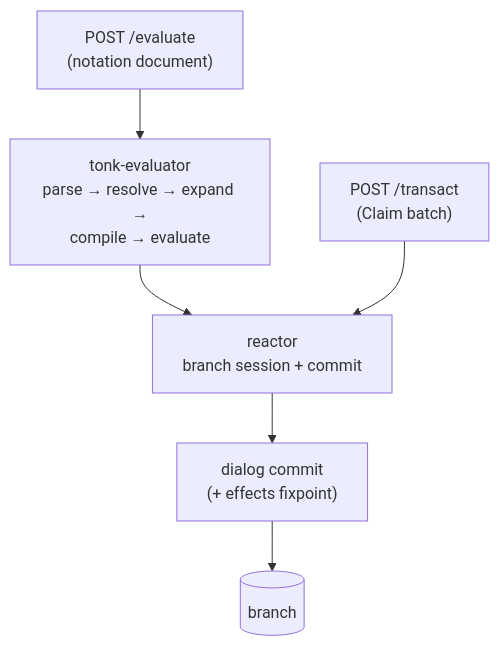
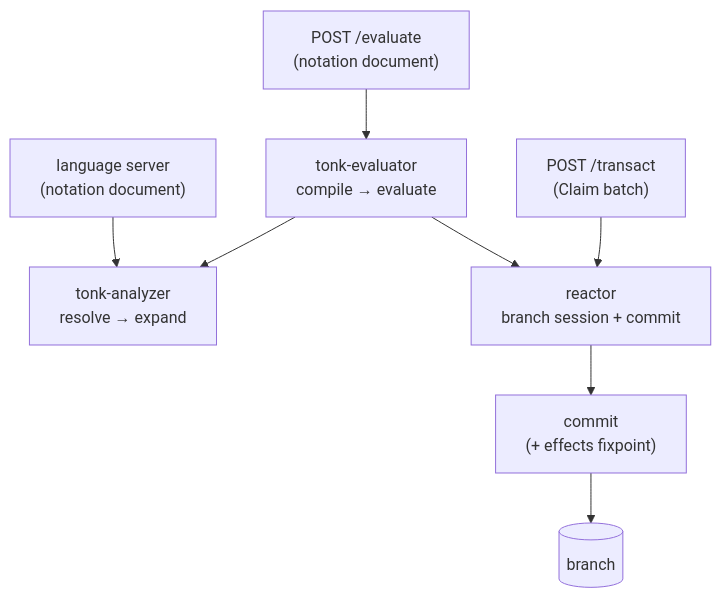
Before and after one commit to tonk-labs/tonk: the third of 3 diagrams in plan/runtime.md, drawn with Mermaid. The commit also changed other lines of this file, not shown here.

First line of the commit message:
docs(plan): staged changes wording; show LSP in hosting diagram

````diff
--- a/plan/runtime.md
+++ b/plan/runtime.md
@@ -304,11 +304,14 @@
 ```mermaid
 flowchart TD
+    txn["POST /transact<br/>(Claim batch)"]
     eval["POST /evaluate<br/>(notation document)"]
-    txn["POST /transact<br/>(Claim batch)"]
+    lsp["language server<br/>(notation document)"]
 
-    eval --> evaluator["tonk-evaluator<br/>parse → resolve → expand →<br/>compile → evaluate"]
-    evaluator --> reactor
-    txn --> reactor["reactor<br/>branch session + commit"]
-    reactor --> commit["dialog commit<br/>(+ effects fixpoint)"]
+    eval --> evaluator["tonk-evaluator<br/>compile → evaluate"]
+    lsp --> analyzer["tonk-analyzer<br/>resolve → expand"]
+    evaluator --> analyzer
+    evaluator --> reactor["reactor<br/>branch session + commit"]
+    txn --> reactor
+    reactor --> commit["commit<br/>(+ effects fixpoint)"]
     commit --> branch[(branch)]
 ```
````
